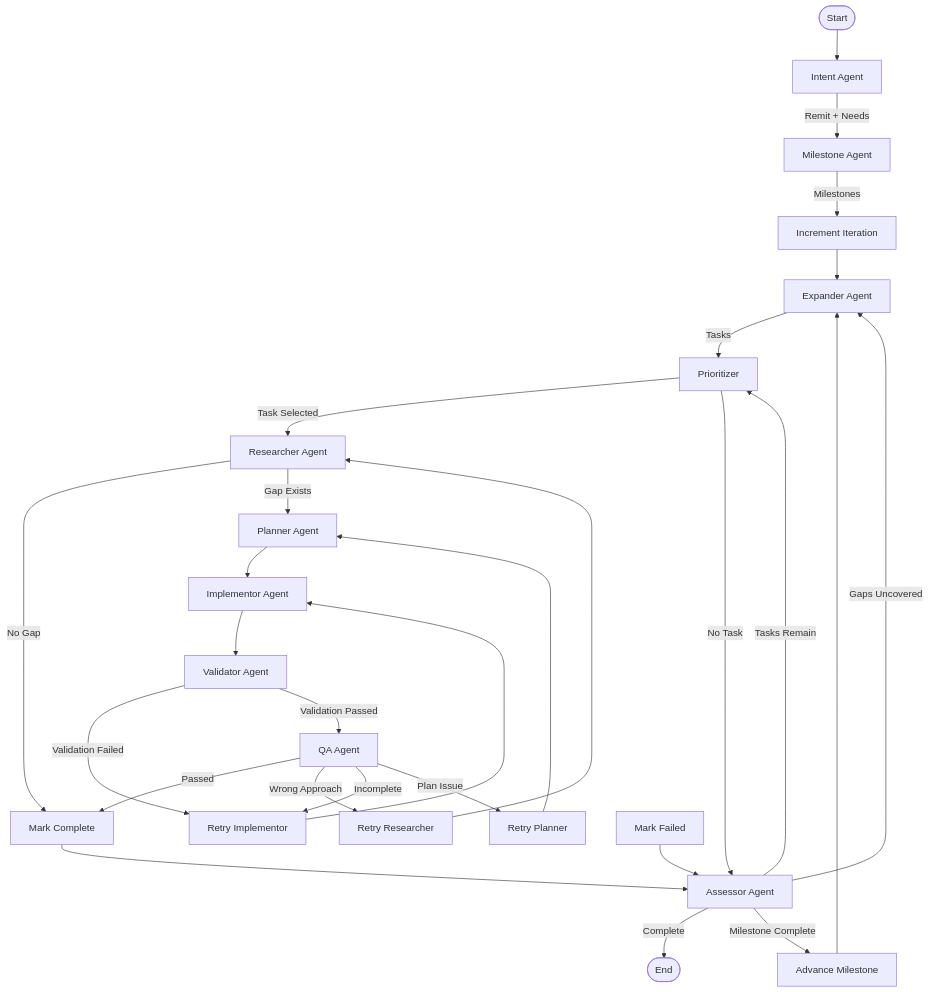
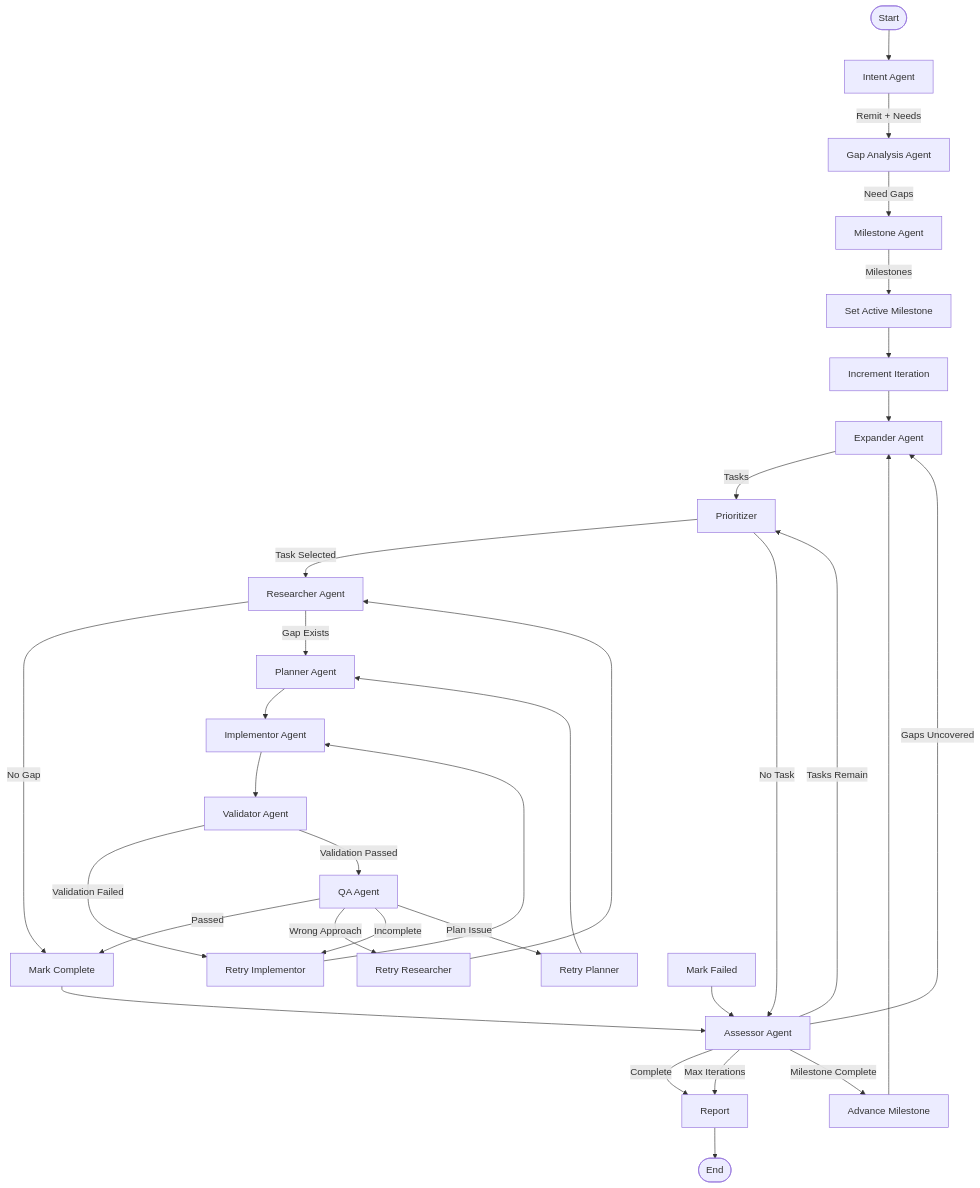
Before and after one commit to codyhamilton/lemmings: the first of 2 diagrams in WORKFLOW_ARCHITECTURE.md, drawn with Mermaid. The commit also changed other lines of this file and 36 other files, not shown here.

First line of the commit message:
feat: add gap analysis agent, report agent, centralized logging, and e2e tests

````diff
--- a/WORKFLOW_ARCHITECTURE.md
+++ b/WORKFLOW_ARCHITECTURE.md
@@ -27,38 +27,42 @@
 ```mermaid
 flowchart TD
     Start([Start]) --> Intent[Intent Agent]
-    Intent -->|Remit + Needs| Milestone[Milestone Agent]
-    Milestone -->|Milestones| IncrementIter[Increment Iteration]
+    Intent -->|Remit + Needs| GapAnalysis[Gap Analysis Agent]
+    GapAnalysis -->|Need Gaps| Milestone[Milestone Agent]
+    Milestone -->|Milestones| SetActive[Set Active Milestone]
+    SetActive --> IncrementIter[Increment Iteration]
     IncrementIter --> Expander[Expander Agent]
     
     Expander -->|Tasks| Prioritizer[Prioritizer]
     Prioritizer -->|Task Selected| Researcher[Researcher Agent]
     Prioritizer -->|No Task| Assessor[Assessor Agent]
     
     Researcher -->|No Gap| MarkComplete[Mark Complete]
     Researcher -->|Gap Exists| Planner[Planner Agent]
     
     Planner --> Implementor[Implementor Agent]
     Implementor --> Validator[Validator Agent]
     
     Validator -->|Validation Failed| RetryImpl[Retry Implementor]
     RetryImpl --> Implementor
     Validator -->|Validation Passed| QA[QA Agent]
     
     QA -->|Passed| MarkComplete
     QA -->|Wrong Approach| RetryRes[Retry Researcher]
     QA -->|Incomplete| RetryImpl
     QA -->|Plan Issue| RetryPlan[Retry Planner]
     RetryRes --> Researcher
     RetryPlan --> Planner
     
     MarkComplete --> Assessor
     MarkFailed[Mark Failed] --> Assessor
     
-    Assessor -->|Complete| End([End])
+    Assessor -->|Complete| Report[Report]
+    Assessor -->|Max Iterations| Report
     Assessor -->|Milestone Complete| AdvanceMilestone[Advance Milestone]
     Assessor -->|Gaps Uncovered| Expander
     Assessor -->|Tasks Remain| Prioritizer
     
     AdvanceMilestone --> Expander
+    Report --> End([End])
 ```
````
